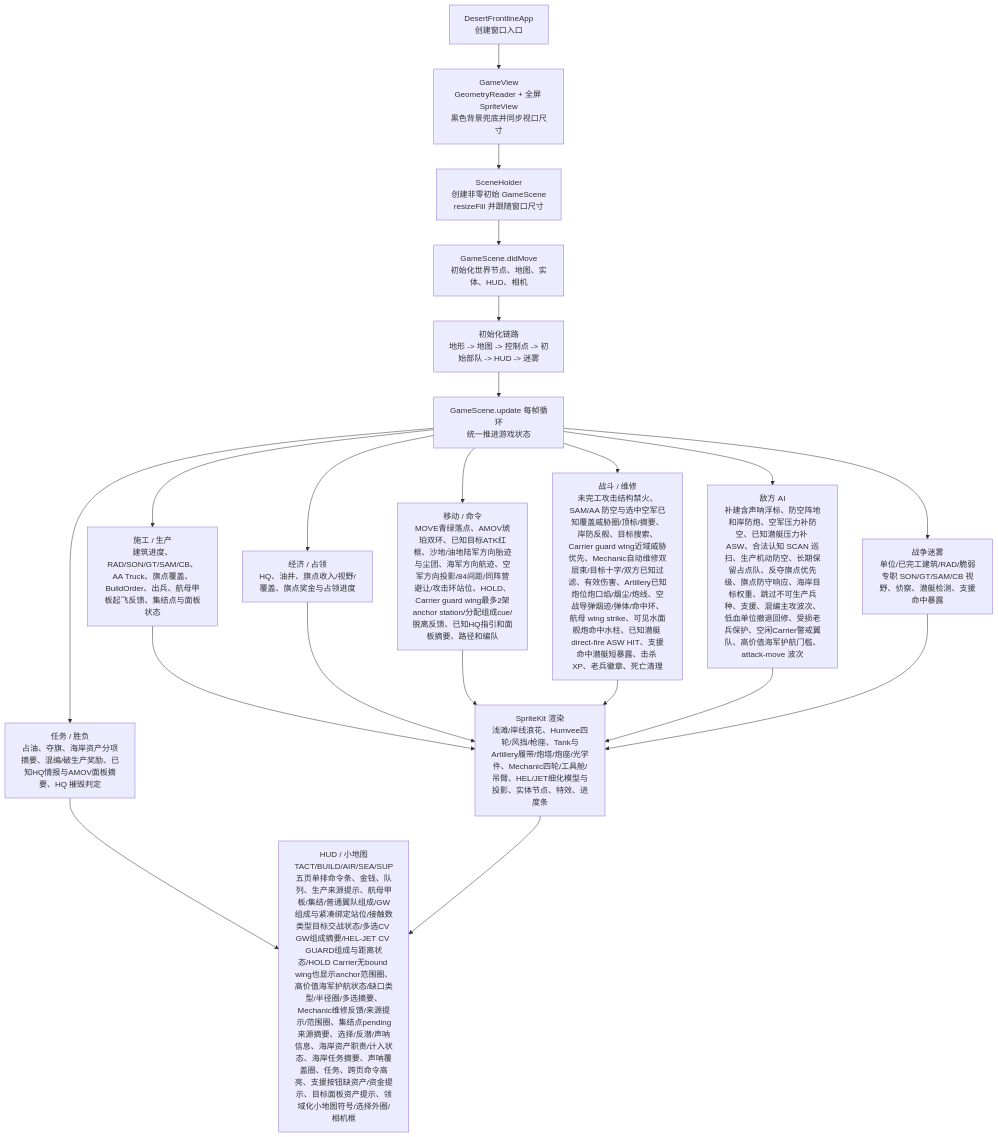
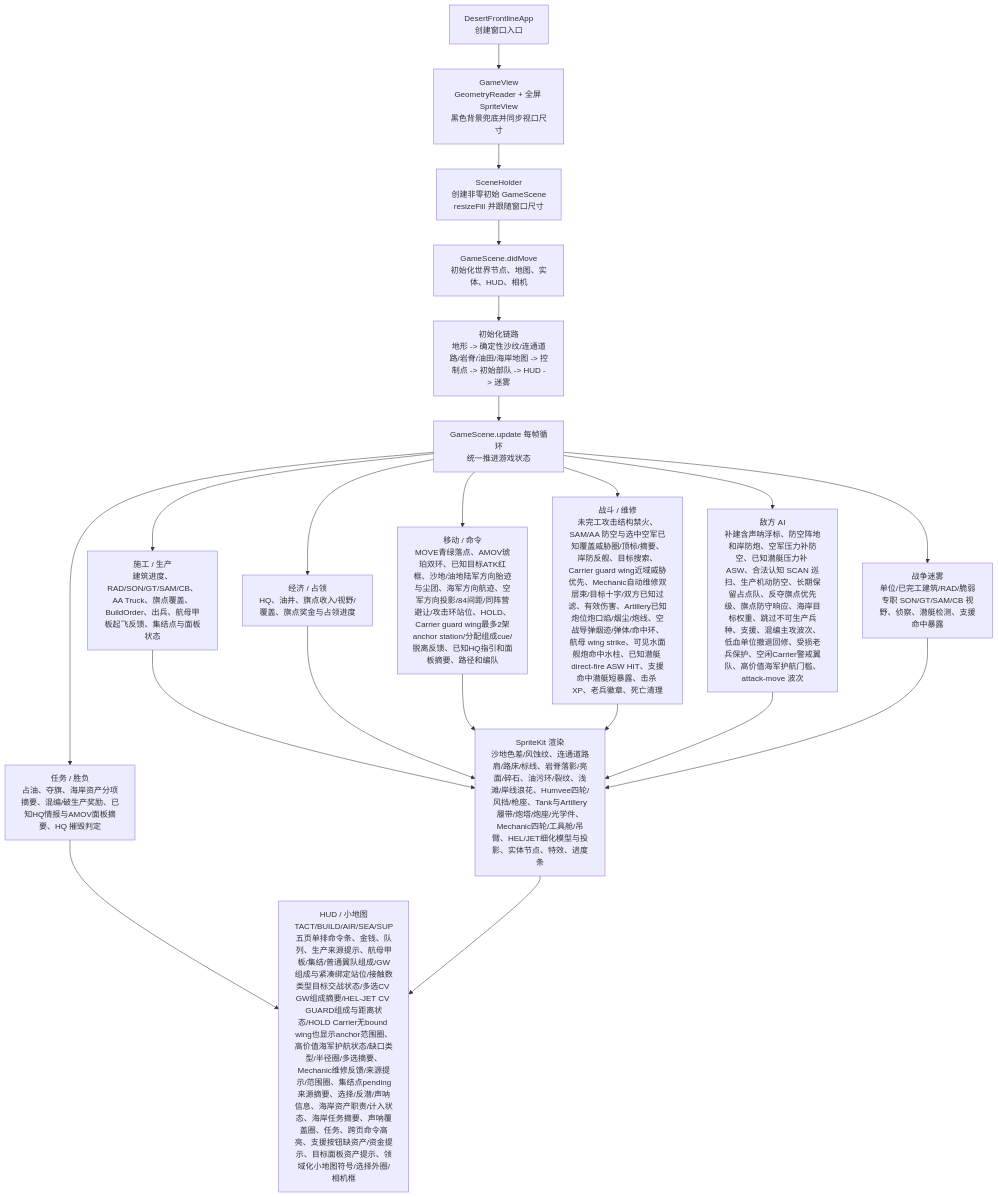
Before and after one commit to Altman-sam114/1145: the first of 3 diagrams in md/flow/flowchart.md, drawn with Mermaid. The commit also changed other lines of this file and 6 other files, not shown here.

Commit message:
v4.90: 细化沙漠地貌与地图探针

````diff
--- a/md/flow/flowchart.md
+++ b/md/flow/flowchart.md
@@ -9,23 +9,23 @@
 ```mermaid
 flowchart TD
   App["DesertFrontlineApp\n创建窗口入口"] --> View["GameView\nGeometryReader + 全屏 SpriteView\n黑色背景兜底并同步视口尺寸"]
   View --> Holder["SceneHolder\n创建非零初始 GameScene\nresizeFill 并跟随窗口尺寸"]
   Holder --> Scene["GameScene.didMove\n初始化世界节点、地图、实体、HUD、相机"]
-  Scene --> Init["初始化链路\n地形 -> 地图 -> 控制点 -> 初始部队 -> HUD -> 迷雾"]
+  Scene --> Init["初始化链路\n地形 -> 确定性沙纹/连通道路/岩脊/油田/海岸地图 -> 控制点 -> 初始部队 -> HUD -> 迷雾"]
   Init --> Loop["GameScene.update 每帧循环\n统一推进游戏状态"]
   Loop --> Build["施工 / 生产\n建筑进度、RAD/SON/GT/SAM/CB、AA Truck、旗点覆盖、BuildOrder、出兵、航母甲板起飞反馈、集结点与面板状态"]
   Loop --> Economy["经济 / 占领\nHQ、油井、旗点收入/视野/覆盖、旗点奖金与占领进度"]
   Loop --> Commands["移动 / 命令\nMOVE青绿落点、AMOV琥珀双环、已知目标ATK红框、沙地/油地陆军方向胎迹与尘团、海军方向航迹、空军方向投影/84间距/同阵营避让/攻击环站位、HOLD、Carrier guard wing最多2架anchor station/分配组成cue/脱离反馈、已知HQ指引和面板摘要、路径和编队"]
   Loop --> Combat["战斗 / 维修\n未完工攻击结构禁火、SAM/AA 防空与选中空军已知覆盖威胁圈/顶标/摘要、岸防反舰、目标搜索、Carrier guard wing近域威胁优先、Mechanic自动维修双层束/目标十字/双方已知过滤、有效伤害、Artillery已知炮位炮口焰/烟尘/炮线、空战导弹烟迹/弹体/命中环、航母 wing strike、可见水面舰炮命中水柱、已知潜艇 direct-fire ASW HIT、支援命中潜艇短暴露、击杀 XP、老兵徽章、死亡清理"]
   Loop --> AI["敌方 AI\n补建含声呐浮标、防空阵地和岸防炮、空军压力补防空、已知潜艇压力补 ASW、合法认知 SCAN 巡扫、生产机动防空、长期保留占点队、反夺旗点优先级、旗点防守响应、海岸目标权重、跳过不可生产兵种、支援、混编主攻波次、低血单位撤退回修、受损老兵保护、空闲Carrier警戒翼队、高价值海军护航门槛、attack-move 波次"]
   Loop --> Fog["战争迷雾\n单位/已完工建筑/RAD/脆弱专职 SON/GT/SAM/CB 视野、侦察、潜艇检测、支援命中暴露"]
   Loop --> Mission["任务 / 胜负\n占油、夺旗、海岸资产分项摘要、混编/破生产奖励、已知HQ情报与AMOV面板摘要、HQ 摧毁判定"]
-  Build --> Render["SpriteKit 渲染\n浅滩/岸线浪花、Humvee四轮/风挡/枪座、Tank与Artillery履带/炮塔/炮座/光学件、Mechanic四轮/工具舱/吊臂、HEL/JET细化模型与投影、实体节点、特效、进度条"]
+  Build --> Render["SpriteKit 渲染\n沙地色差/风蚀纹、连通道路肩/路床/标线、岩脊落影/亮面/碎石、油污环/裂纹、浅滩/岸线浪花、Humvee四轮/风挡/枪座、Tank与Artillery履带/炮塔/炮座/光学件、Mechanic四轮/工具舱/吊臂、HEL/JET细化模型与投影、实体节点、特效、进度条"]
   Economy --> Render
   Commands --> Render
   Combat --> Render
   AI --> Render
   Fog --> Render
   Mission --> HUD["HUD / 小地图\nTACT/BUILD/AIR/SEA/SUP五页单排命令条、金钱、队列、生产来源提示、航母甲板/集结/普通翼队组成/GW组成与紧凑绑定站位/接触数类型目标交战状态/多选CV GW组成摘要/HEL-JET CV GUARD组成与距离状态/HOLD Carrier无bound wing也显示anchor范围圈、高价值海军护航状态/缺口类型/半径圈/多选摘要、Mechanic维修反馈/来源提示/范围圈、集结点pending来源摘要、选择/反潜/声呐信息、海岸资产职责/计入状态、海岸任务摘要、声呐覆盖圈、任务、跨页命令高亮、支援按钮缺资产/资金提示、目标面板资产提示、领域化小地图符号/选择外圈/相机框"]
   Render --> HUD
 ```
````
